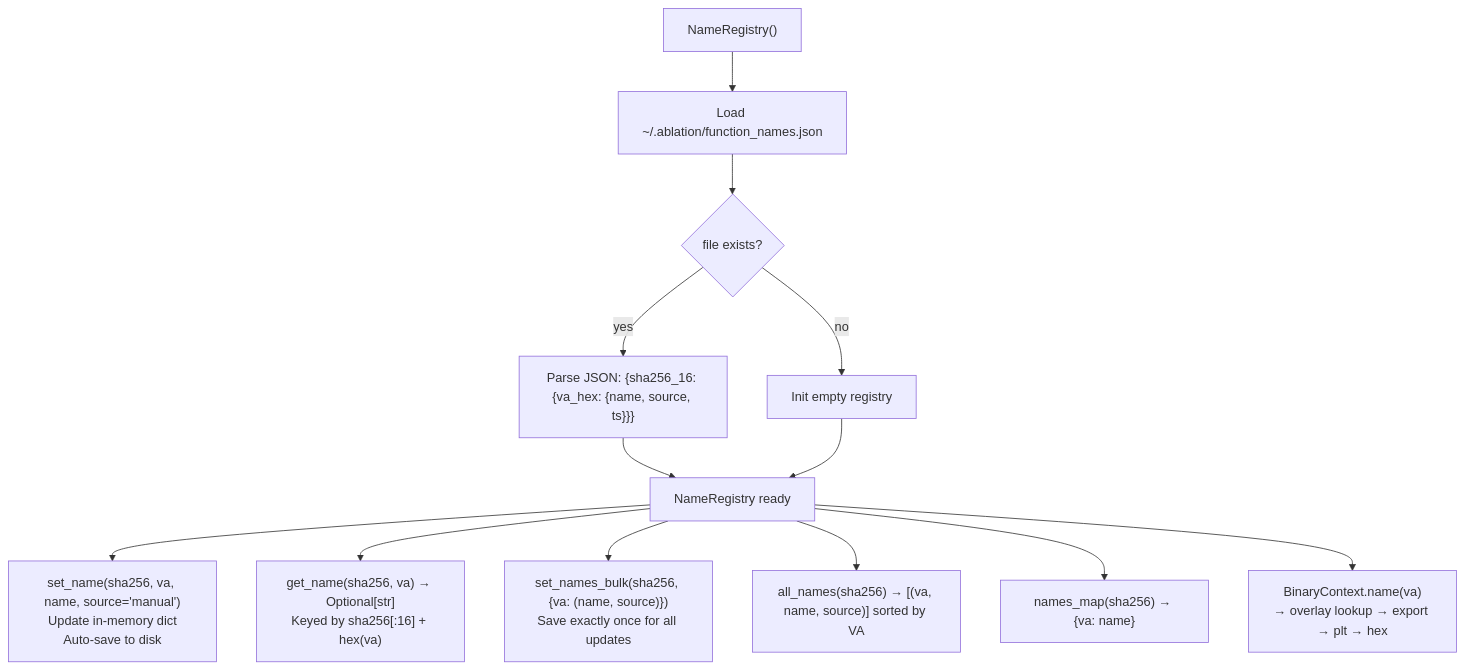
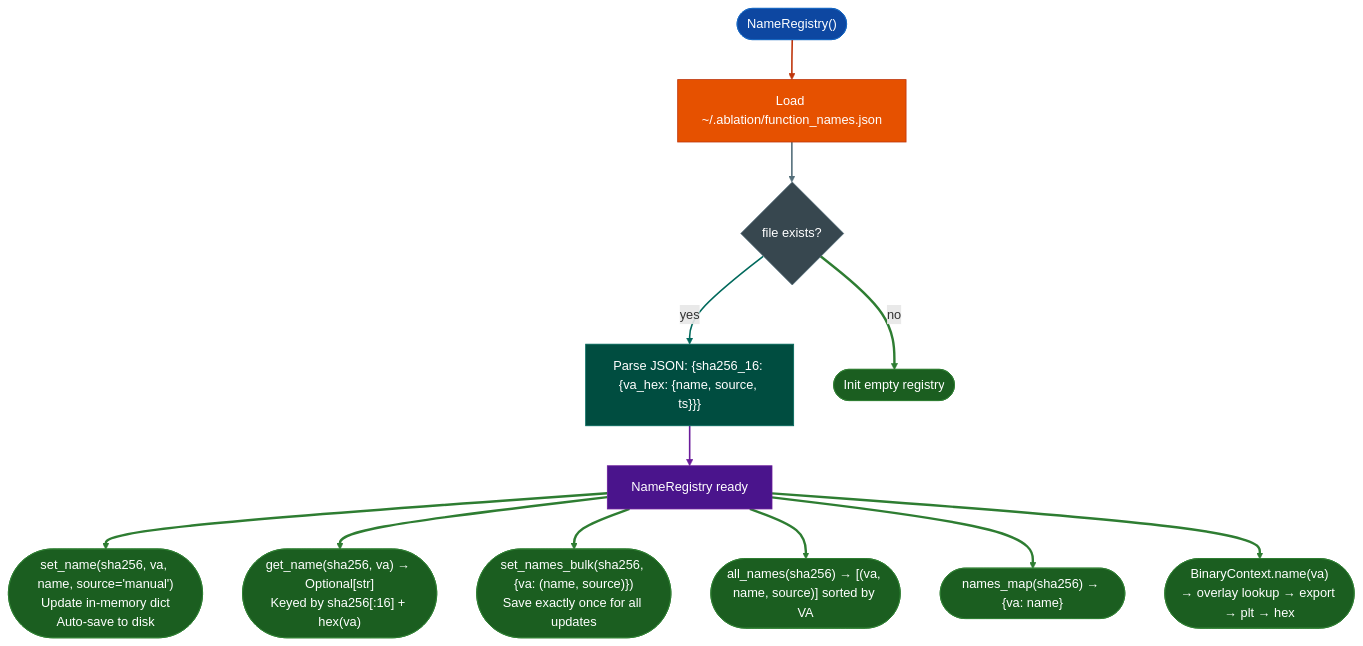
Before and after one commit to Ablation-Tool/ablation: the diagram in docs/reference-modules/analyst-naming-registry.md, drawn with Mermaid. The commit also changed 320 other files, not shown here.

First line of the commit message:
docs: apply canonical Mermaid template to all 321 diagrams

````diff
--- a/docs/reference-modules/analyst-naming-registry.md
+++ b/docs/reference-modules/analyst-naming-registry.md
@@ -19,14 +19,31 @@
 ```mermaid
 flowchart TD
-    A["NameRegistry()"] --> B["Load ~/.ablation/function_names.json"]
-    B --> C{file exists?}
-    C -->|yes| D["Parse JSON: {sha256_16: {va_hex: {name, source, ts}}}"]
-    C -->|no| E["Init empty registry"]
-    D & E --> F[NameRegistry ready]
-    F --> G["set_name(sha256, va, name, source='manual')\nUpdate in-memory dict\nAuto-save to disk"]
-    F --> H["get_name(sha256, va) → Optional[str]\nKeyed by sha256[:16] + hex(va)"]
-    F --> I["set_names_bulk(sha256, {va: (name, source)})\nSave exactly once for all updates"]
-    F --> J["all_names(sha256) → [(va, name, source)] sorted by VA"]
-    F --> K["names_map(sha256) → {va: name}"]
-    F --> L["BinaryContext.name(va)\n→ overlay lookup → export → plt → hex"]
+    A(["NameRegistry()"]):::input --> B["Load ~/.ablation/function_names.json"]:::primary
+    B:::primary --> C{"file exists?"}:::neutral
+    C:::neutral -->|yes| D["Parse JSON: {sha256_16: {va_hex: {name, source, ts}}}"]:::secondary
+    C:::neutral -->|no| E(["Init empty registry"]):::output
+    D:::secondary --> F["NameRegistry ready"]:::tertiary
+    F:::tertiary --> G(["set_name(sha256, va, name, source='manual')\nUpdate in-memory dict\nAuto-save to disk"]):::output
+    F:::tertiary --> H(["get_name(sha256, va) → Optional[str]\nKeyed by sha256[:16] + hex(va)"]):::output
+    F:::tertiary --> I(["set_names_bulk(sha256, {va: (name, source)})\nSave exactly once for all updates"]):::output
+    F:::tertiary --> J(["all_names(sha256) → [(va, name, source)] sorted by VA"]):::output
+    F:::tertiary --> K(["names_map(sha256) → {va: name}"]):::output
+    F:::tertiary --> L(["BinaryContext.name(va)\n→ overlay lookup → export → plt → hex"]):::output
+    classDef input     fill:#0d47a1,stroke:#1565c0,color:#fff
+    classDef primary   fill:#e65100,stroke:#bf360c,color:#fff
+    classDef secondary fill:#004d40,stroke:#00695c,color:#fff
+    classDef tertiary  fill:#4a148c,stroke:#6a1b9a,color:#fff
+    classDef neutral   fill:#37474f,stroke:#546e7a,color:#fff
+    classDef output    fill:#1b5e20,stroke:#2e7d32,color:#fff
+    linkStyle 0 stroke:#bf360c,stroke-width:2px
+    linkStyle 1 stroke:#546e7a,stroke-width:2px
+    linkStyle 2 stroke:#00695c,stroke-width:2px
+    linkStyle 3 stroke:#2e7d32,stroke-width:3px
+    linkStyle 4 stroke:#6a1b9a,stroke-width:2px
+    linkStyle 5 stroke:#2e7d32,stroke-width:3px
+    linkStyle 6 stroke:#2e7d32,stroke-width:3px
+    linkStyle 7 stroke:#2e7d32,stroke-width:3px
+    linkStyle 8 stroke:#2e7d32,stroke-width:3px
+    linkStyle 9 stroke:#2e7d32,stroke-width:3px
+    linkStyle 10 stroke:#2e7d32,stroke-width:3px
 ```
````
